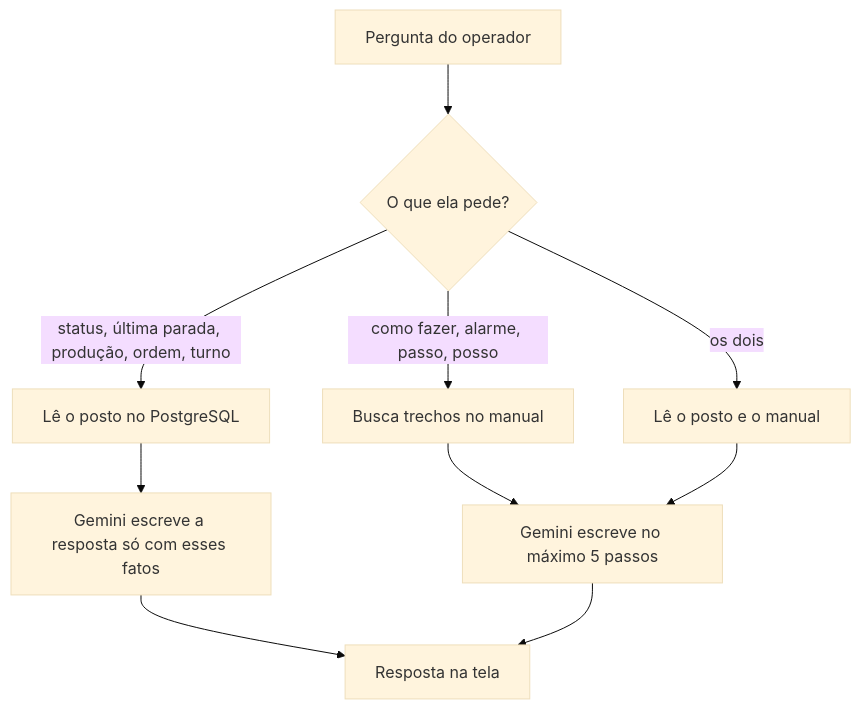
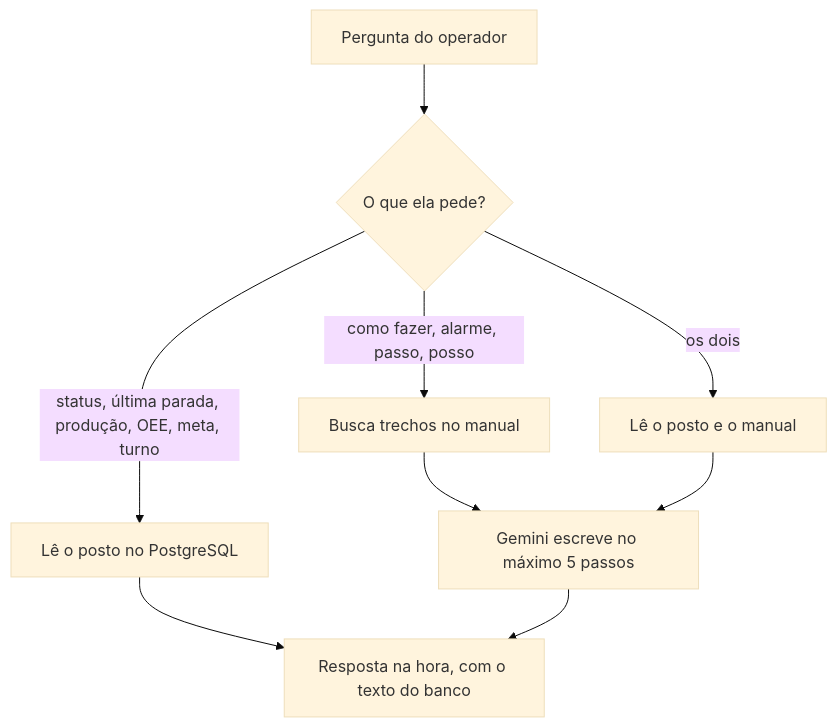
The fourth of 4 diagrams in docs/como-a-aplicacao-funciona.md (israeloliveiradev/diforp-oee), drawn with Mermaid (base theme) before and after one commit. The commit also changed other lines of this file, not shown here.

````diff
--- a/docs/como-a-aplicacao-funciona.md
+++ b/docs/como-a-aplicacao-funciona.md
@@ -125,12 +125,11 @@
 ```mermaid
 flowchart TD
   P[Pergunta do operador] --> C{O que ela pede?}
-  C -->|status, última parada, produção, ordem, turno| B[Lê o posto no PostgreSQL]
+  C -->|status, última parada, produção, OEE, meta, turno| B[Lê o posto no PostgreSQL]
   C -->|como fazer, alarme, passo, posso| M[Busca trechos no manual]
   C -->|os dois| BM[Lê o posto e o manual]
-  B --> G[Gemini escreve a resposta só com esses fatos]
+  B --> R[Resposta na hora, com o texto do banco]
   M --> G2[Gemini escreve no máximo 5 passos]
   BM --> G2
-  G --> R[Resposta na tela]
   G2 --> R
 ```
````
